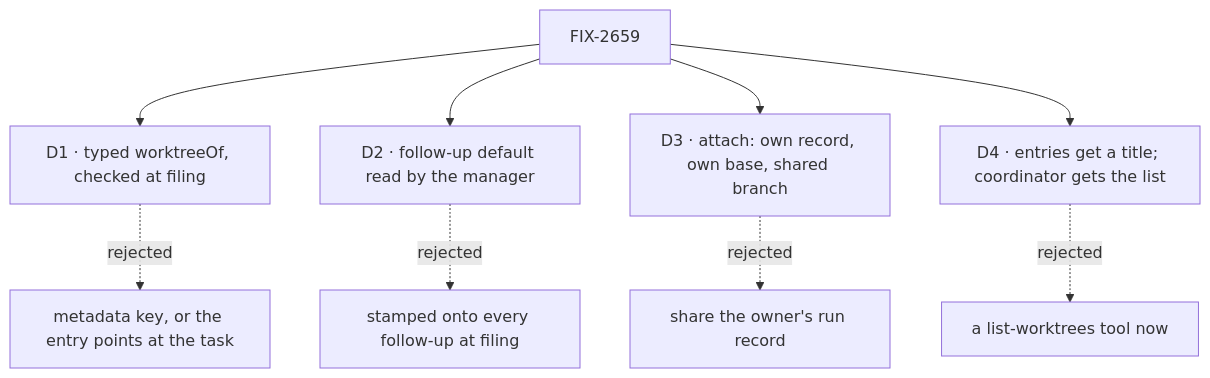
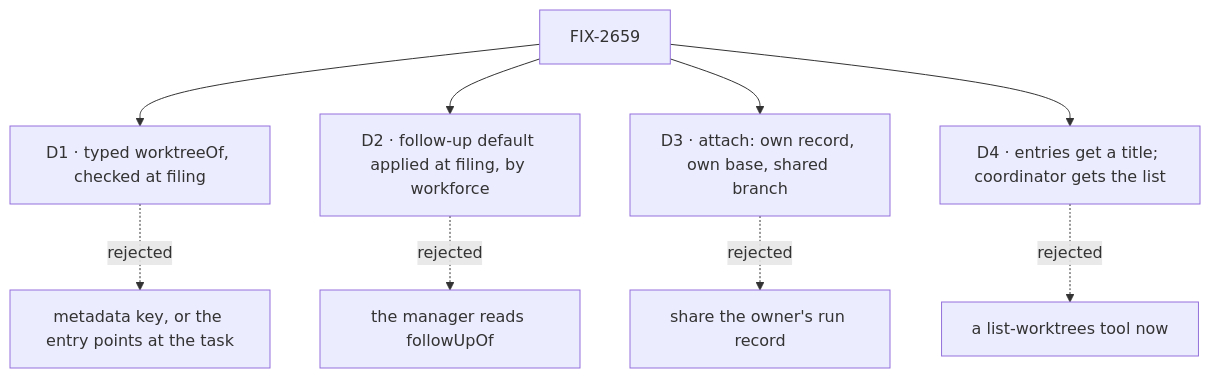
Before and after one commit to fixpoint-labs/flow-state-dev: the diagram in specs/issues/FIX-2659/DECISIONS.md, drawn with Mermaid. The commit also changed other lines of this file and 1 other file, not shown here.

First line of the commit message:
docs(spec): FIX-2659 keep the follow-up default out of the harness manager

````diff
--- a/specs/issues/FIX-2659/DECISIONS.md
+++ b/specs/issues/FIX-2659/DECISIONS.md
@@ -9,11 +9,11 @@
 ```mermaid
 flowchart TD
   I["FIX-2659"] --> D1["D1 · typed worktreeOf, checked at filing"]
   D1 -.->|"rejected"| X1["metadata key, or the entry points at the task"]
-  I --> D2["D2 · follow-up default read by the manager"]
-  D2 -.->|"rejected"| X2["stamped onto every follow-up at filing"]
+  I --> D2["D2 · follow-up default applied at filing, by workforce"]
+  D2 -.->|"rejected"| X2["the manager reads followUpOf"]
   I --> D3["D3 · attach: own record, own base, shared branch"]
   D3 -.->|"rejected"| X3["share the owner's run record"]
   I --> D4["D4 · entries get a title; coordinator gets the list"]
   D4 -.->|"rejected"| X4["a list-worktrees tool now"]
 ```
````
